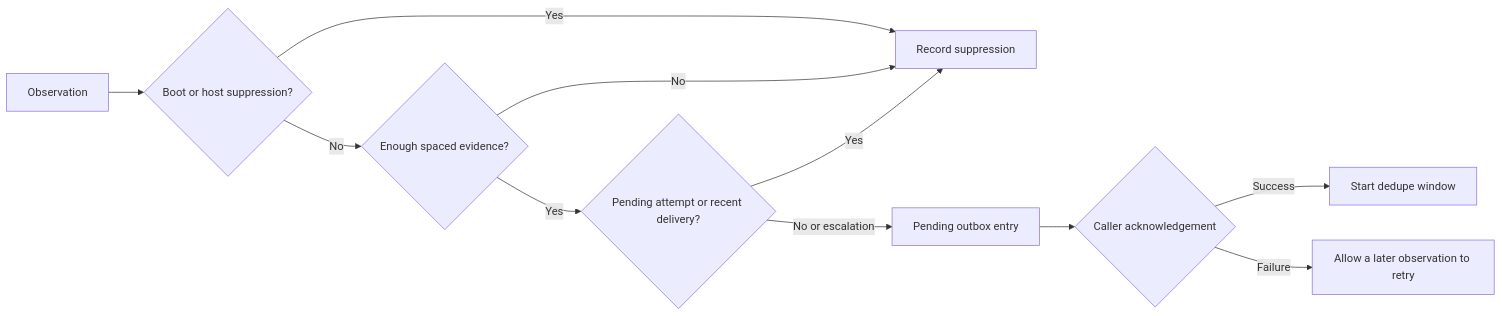
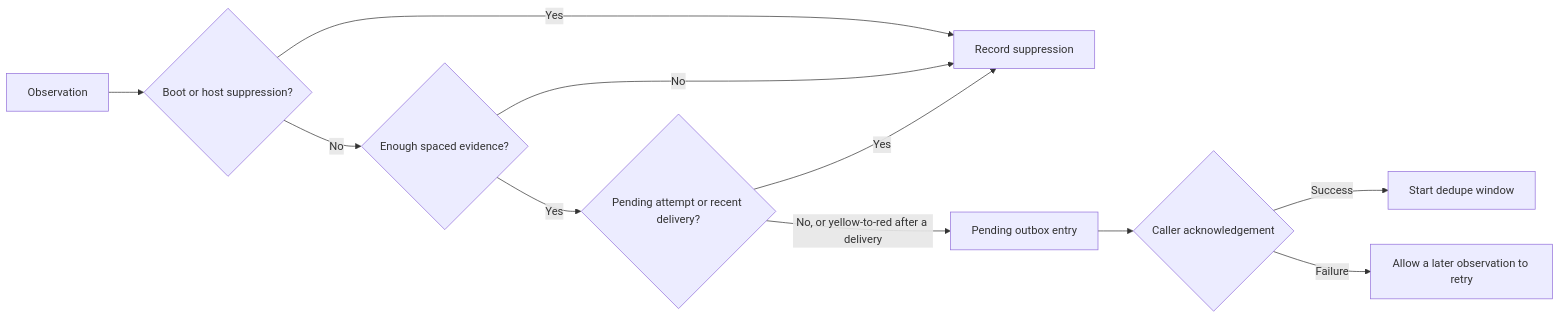
One commit to dyjhhh/agent-reliability changed the diagram in docs/design.md. Above: the diagram before and after it, drawn with Mermaid. The commit also changed other lines of this file and 3 other files, not shown here.

````diff
--- a/docs/design.md
+++ b/docs/design.md
@@ -9,13 +9,13 @@
 ```mermaid
 flowchart LR
     A[Observation] --> B{Boot or host suppression?}
     B -->|Yes| C[Record suppression]
     B -->|No| D{Enough spaced evidence?}
     D -->|No| C
     D -->|Yes| E{Pending attempt or recent delivery?}
     E -->|Yes| C
-    E -->|No or escalation| F[Pending outbox entry]
+    E -->|No, or yellow-to-red after a delivery| F[Pending outbox entry]
     F --> G{Caller acknowledgement}
     G -->|Success| H[Start dedupe window]
     G -->|Failure| I[Allow a later observation to retry]
 ```
````
